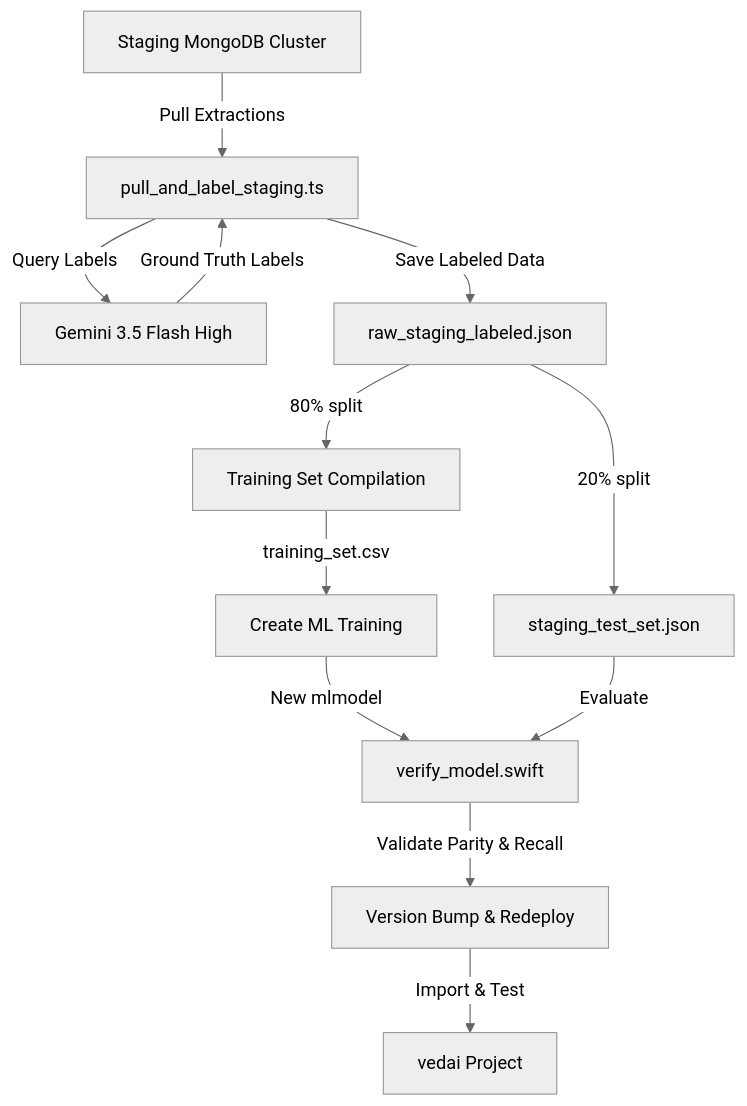
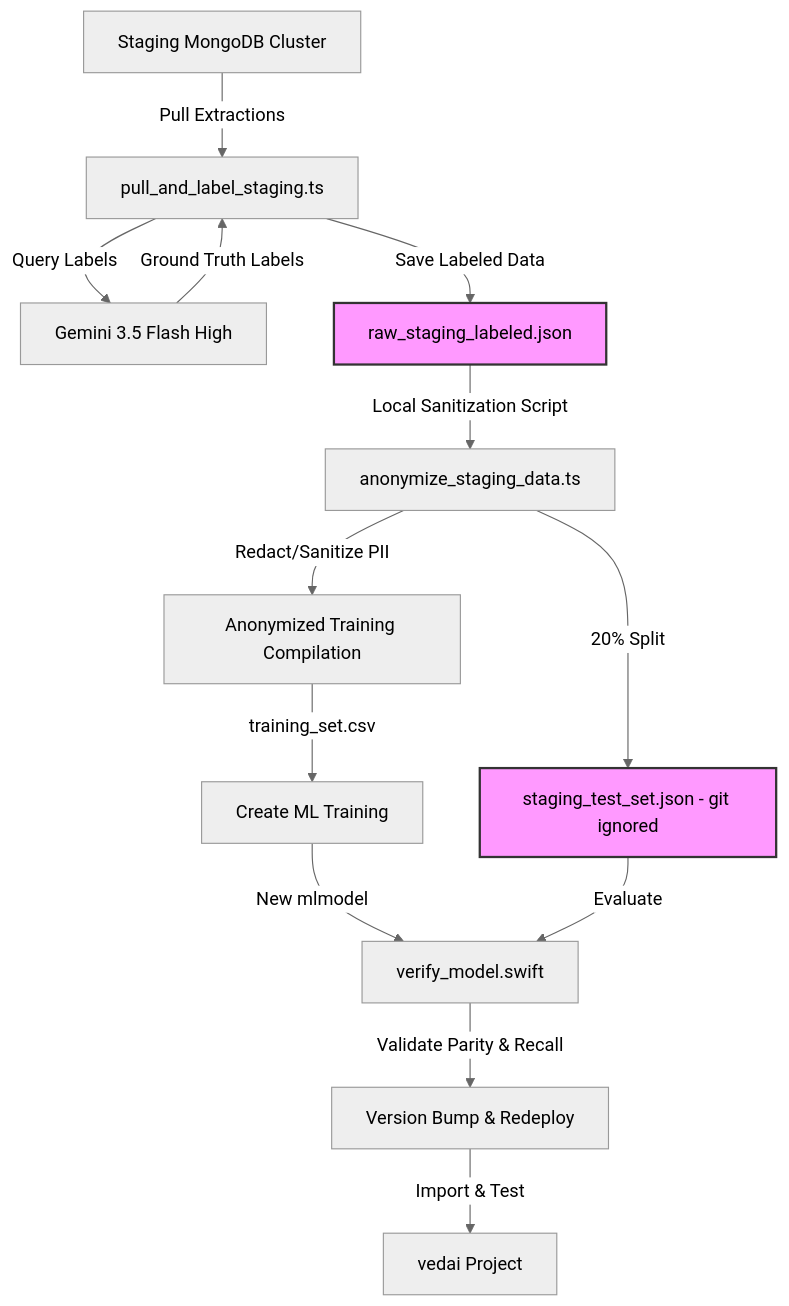
The diagram in conductor/tracks/002-edge-classifier-retraining/spec.md (alete-ai/gate), drawn with Mermaid (neutral theme) before and after one commit. The commit also changed other lines of this file and 2 other files, not shown here.

Commit message:
chore(conductor): Add data isolation and anonymization tasks to track 002

````diff
--- a/conductor/tracks/002-edge-classifier-retraining/spec.md
+++ b/conductor/tracks/002-edge-classifier-retraining/spec.md
@@ -16,14 +22,20 @@
 ```mermaid
 flowchart TD
     A[Staging MongoDB Cluster] -->|Pull Extractions| B[pull_and_label_staging.ts]
     B -->|Query Labels| C[Gemini 3.5 Flash High]
     C -->|Ground Truth Labels| B
     B -->|Save Labeled Data| D[raw_staging_labeled.json]
-    D -->|80% split| E[Training Set Compilation]
-    D -->|20% split| F[staging_test_set.json]
+    D -->|Local Sanitization Script| DD[anonymize_staging_data.ts]
+    DD -->|Redact/Sanitize PII| E[Anonymized Training Compilation]
+    DD -->|20% Split| F[staging_test_set.json - git ignored]
     E -->|training_set.csv| G[Create ML Training]
     G -->|New mlmodel| H[verify_model.swift]
     F -->|Evaluate| H
     H -->|Validate Parity & Recall| I[Version Bump & Redeploy]
     I -->|Import & Test| J[vedai Project]
+    
+    style D fill:#f9f,stroke:#333,stroke-width:2px;
+    style F fill:#f9f,stroke:#333,stroke-width:2px;
+    classDef gitIgnored fill:#ffcccc,stroke:#ff0000,stroke-width:2px;
+    class D,F gitIgnored;
 ```
````
